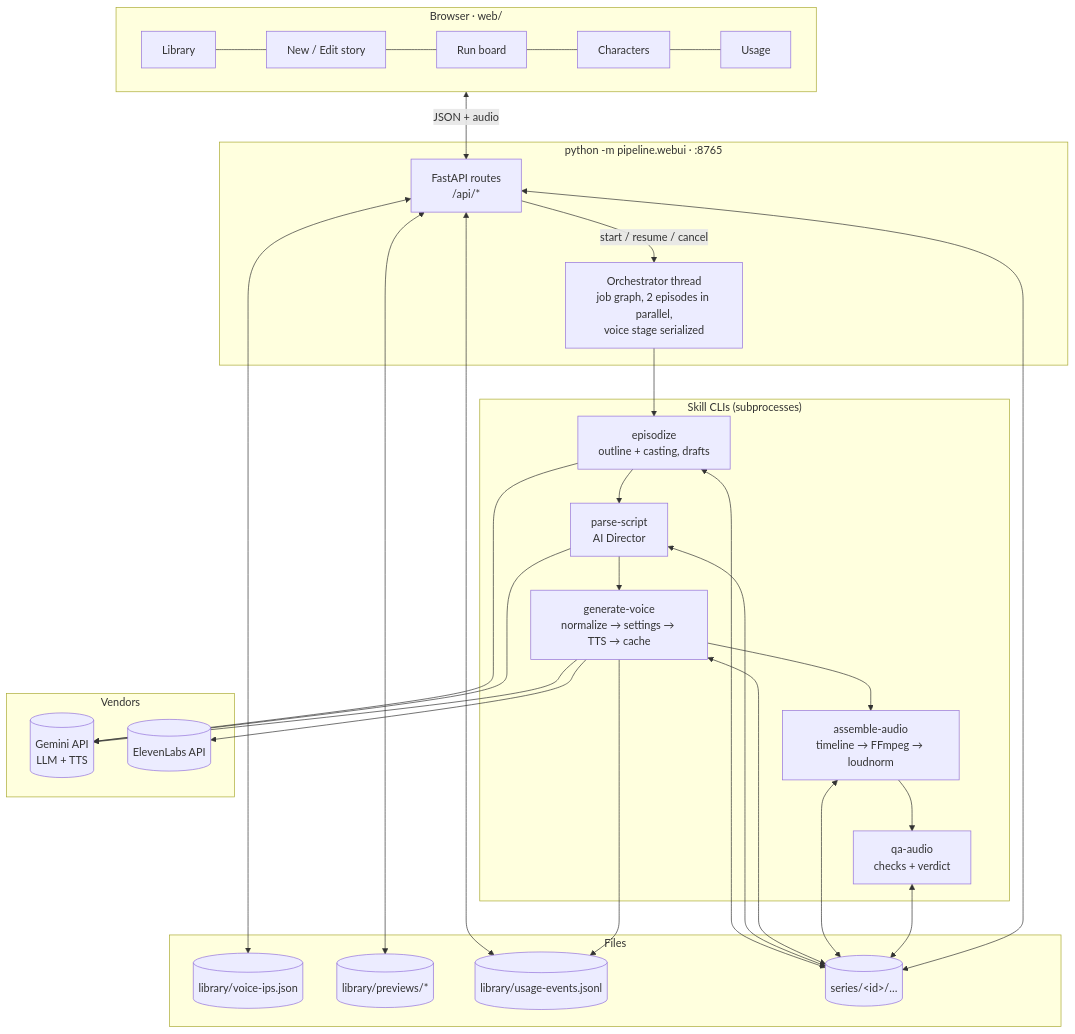
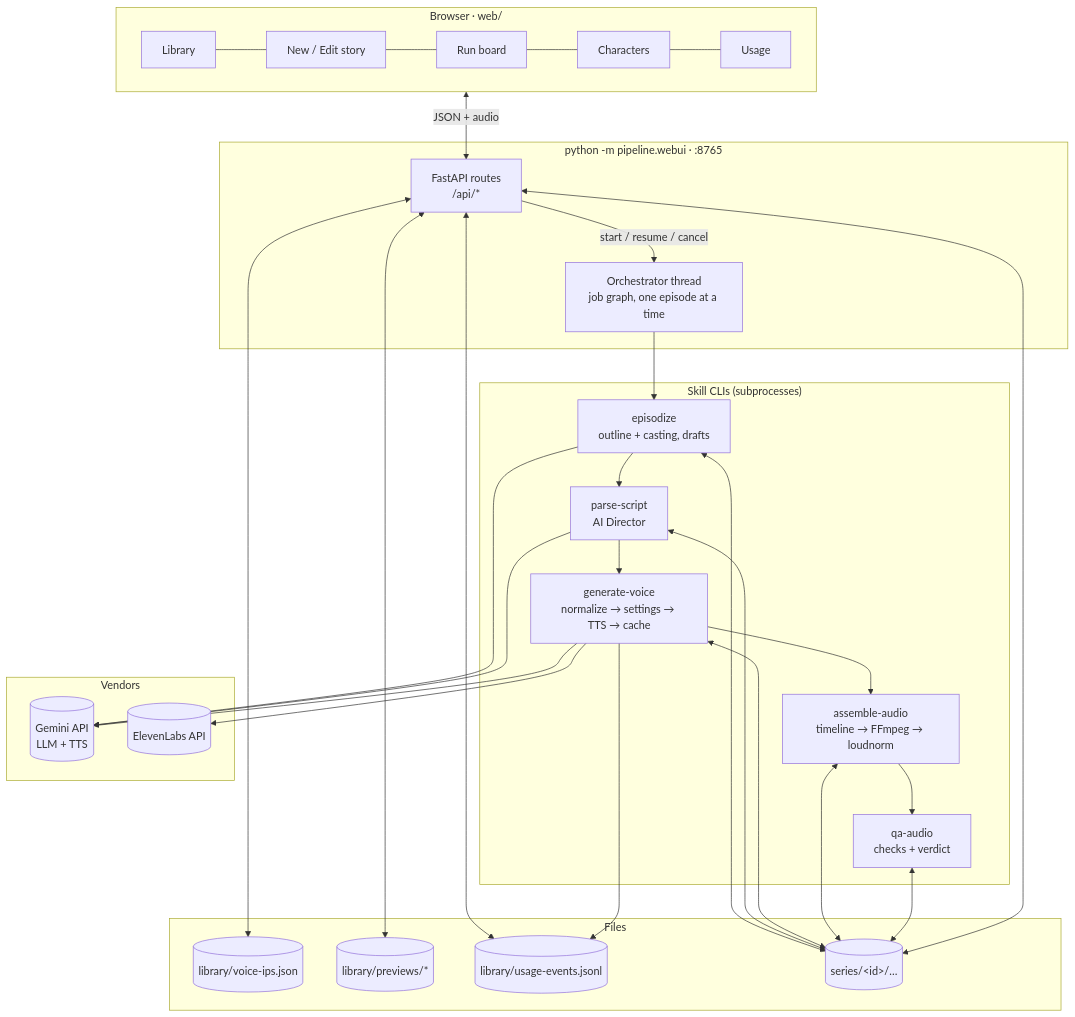
One commit to dhp-exe/ai-audio changed the second of 2 diagrams in README.md. Above: the diagram before and after it, drawn with Mermaid. The commit also changed other lines of this file and 8 other files, not shown here.

Commit message:
refactor: update production pipeline to process episodes sequentially and remove parallel execution parameters

````diff
--- a/README.md
+++ b/README.md
@@ -84,40 +82,40 @@
 ```mermaid
 flowchart TB
     subgraph Client["Browser · web/"]
         L[Library] --- N[New / Edit story] --- R[Run board] --- C[Characters] --- US[Usage]
     end
 
     subgraph Backend["python -m pipeline.webui · :8765"]
         A[FastAPI routes<br/>/api/*]
-        O[Orchestrator thread<br/>job graph, 2 episodes in parallel,<br/>voice stage serialized]
+        O[Orchestrator thread<br/>job graph, one episode at a time]
         A -->|start / resume / cancel| O
     end
 
     subgraph Stages["Skill CLIs (subprocesses)"]
         S0[episodize<br/>outline + casting, drafts]
         S1[parse-script<br/>AI Director]
         S3[generate-voice<br/>normalize → settings → TTS → cache]
         S5[assemble-audio<br/>timeline → FFmpeg → loudnorm]
         S6[qa-audio<br/>checks + verdict]
     end
 
     subgraph Vendors
         G[(Gemini API<br/>LLM + TTS)]
         E[(ElevenLabs API)]
     end
 
     subgraph Disk["Files"]
         REG[(library/voice-ips.json)]
         PRE[(library/previews/*)]
         EV[(library/usage-events.jsonl)]
         SER[(series/&lt;id&gt;/…)]
     end
 
     Client <-->|JSON + audio| A
     O --> S0 --> S1 --> S3 --> S5 --> S6
     S0 & S1 --> G
     S3 --> G & E
     S0 & S1 & S3 & S5 & S6 <--> SER
     A <--> REG & PRE & EV & SER
     S3 --> EV
 ```
````
